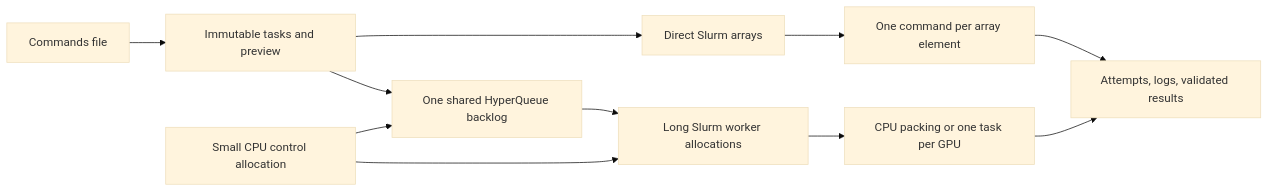
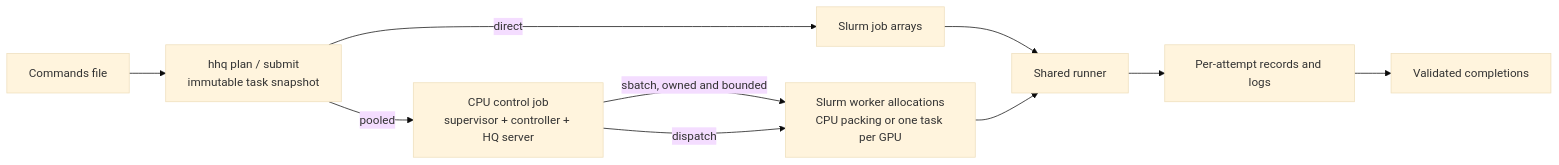
One commit to SethWoodbury/hyper-hyperqueue changed the diagram in README.md. Above: the diagram before and after it, drawn with Mermaid (base theme). The commit also changed other lines of this file and 79 other files, not shown here.

Commit message:
Add warm RFD4 bundles, bounded recovery, queue controls and dashboard

````diff
--- a/README.md
+++ b/README.md
@@ -5,13 +10,12 @@
 ```mermaid
 flowchart LR
-    A[Commands file] --> B[Immutable tasks and preview]
-    B --> C[Direct Slurm arrays]
-    B --> D[One shared HyperQueue backlog]
-    C --> E[One command per array element]
-    F[Small CPU control allocation] --> D
-    F --> G[Long Slurm worker allocations]
-    D --> G
-    G --> H[CPU packing or one task per GPU]
-    E --> I[Attempts, logs, validated results]
-    H --> I
+    A[Commands file] --> B[hhq plan / submit<br/>immutable task snapshot]
+    B -->|direct| C[Slurm job arrays]
+    B -->|pooled| D[CPU control job<br/>supervisor + controller + HQ server]
+    D -->|sbatch, owned and bounded| E[Slurm worker allocations<br/>CPU packing or one task per GPU]
+    D -->|dispatch| E
+    C --> F[Shared runner]
+    E --> F
+    F --> G[Per-attempt records and logs]
+    G --> H[Validated completions]
 ```
````
